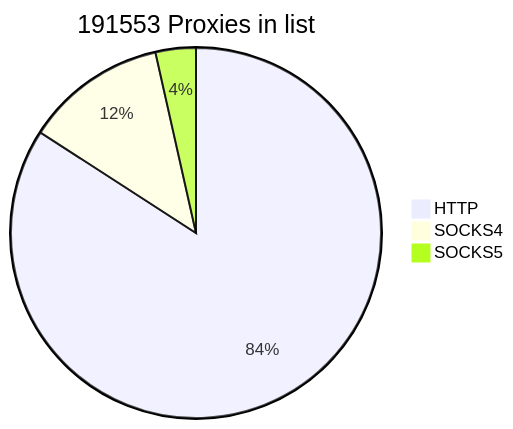
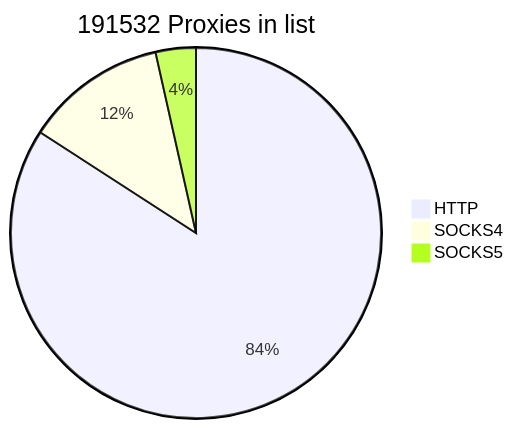
The first of 2 diagrams in README.md (cutipu/proxylist), drawn with Mermaid before and after one commit. The commit also changed other lines of this file, not shown here.

````diff
--- a/README.md
+++ b/README.md
@@ -2,7 +2,7 @@
 ```mermaid
-pie title 191553 Proxies in list
-    "HTTP" : 161150
-    "SOCKS4" : 23663
-    "SOCKS5" : 6740
+pie title 191532 Proxies in list
+    "HTTP" : 161147
+    "SOCKS4" : 23662
+    "SOCKS5" : 6723
             
 ```
````
